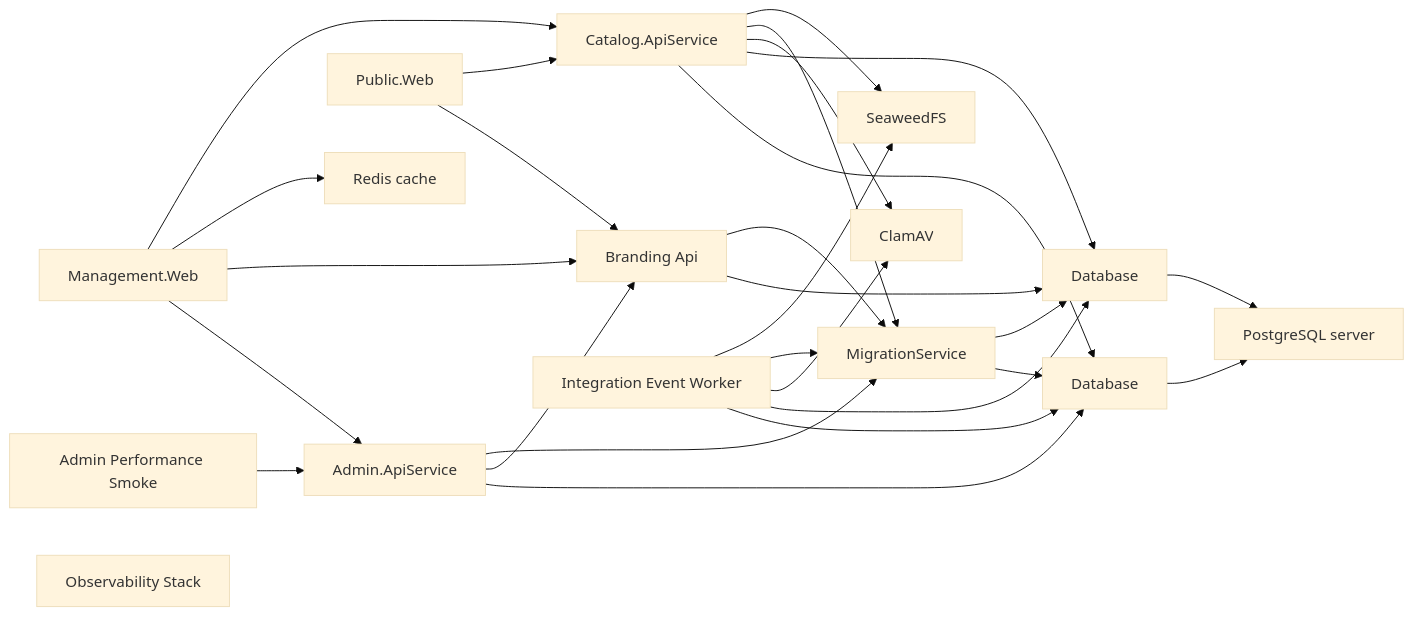
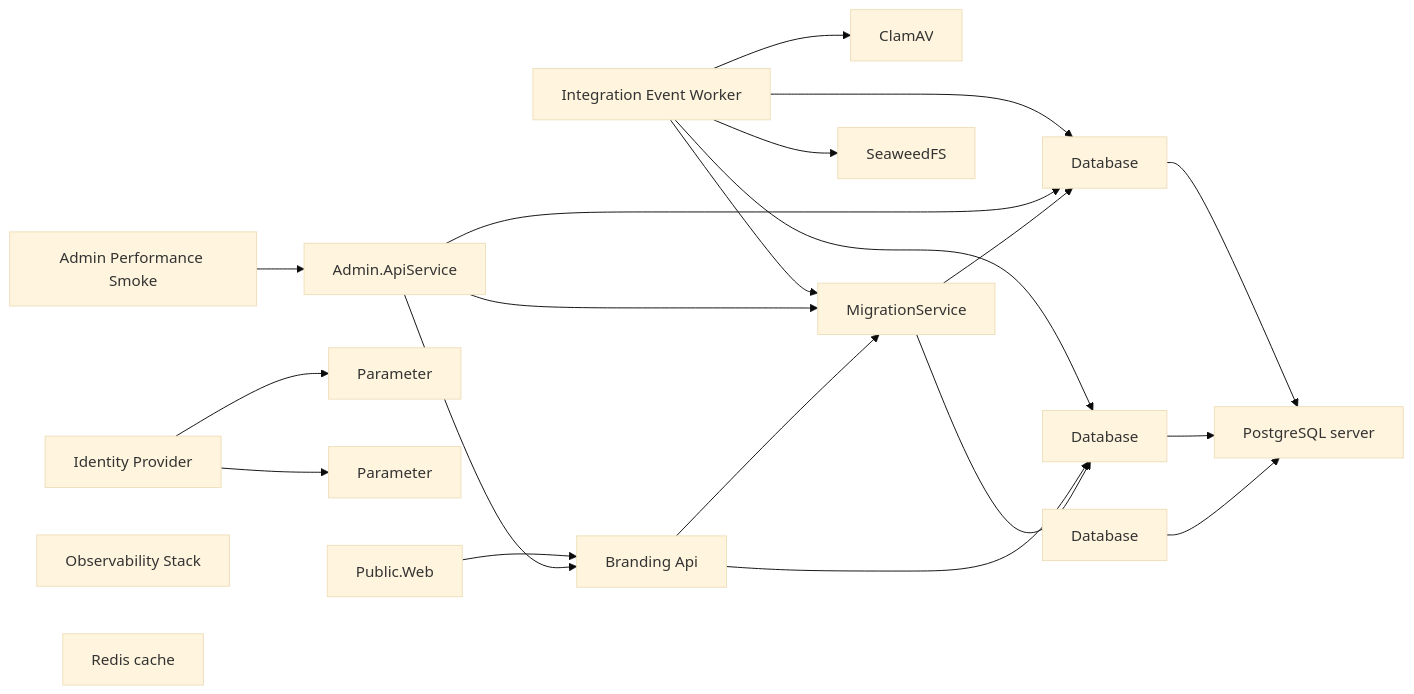
One commit to danigutsch/ViajantesTurismo changed the first of 2 diagrams in docs/architecture/runtime-wiring-and-deployment.md. Above: the diagram before and after it, drawn with Mermaid (base theme). The commit also changed 145 other files, not shown here.

````diff
--- a/docs/architecture/runtime-wiring-and-deployment.md
+++ b/docs/architecture/runtime-wiring-and-deployment.md
@@ -13,44 +13,39 @@
 ```mermaid
 flowchart LR
     AdminPerformanceSmoke[Admin Performance Smoke]
     apiService[Admin.ApiService]
     brandingApiService[Branding Api]
-    catalogApiService[Catalog.ApiService]
     clamAv[ClamAV]
     adminDatabase[Database]
     catalogDatabase[Database]
+    securityDatabase[Database]
+    IdentityProvider[Identity Provider]
     IntegrationEventWorker[Integration Event Worker]
-    ManagementWeb[Management.Web]
     migrationService[MigrationService]
     ObservabilityStack[Observability Stack]
+    managementWebClientSecret[Parameter]
+    identityProviderConformanceUserPassword[Parameter]
     databaseServer[PostgreSQL server]
     PublicWeb[Public.Web]
     cache[Redis cache]
     seaweedFs[SeaweedFS]
     AdminPerformanceSmoke --> apiService
+    IdentityProvider --> identityProviderConformanceUserPassword
+    IdentityProvider --> managementWebClientSecret
     IntegrationEventWorker --> adminDatabase
     IntegrationEventWorker --> catalogDatabase
     IntegrationEventWorker --> clamAv
     IntegrationEventWorker --> migrationService
     IntegrationEventWorker --> seaweedFs
-    ManagementWeb --> apiService
-    ManagementWeb --> brandingApiService
-    ManagementWeb --> cache
-    ManagementWeb --> catalogApiService
     PublicWeb --> brandingApiService
-    PublicWeb --> catalogApiService
     adminDatabase --> databaseServer
     apiService --> adminDatabase
     apiService --> brandingApiService
     apiService --> migrationService
     brandingApiService --> catalogDatabase
     brandingApiService --> migrationService
-    catalogApiService --> adminDatabase
-    catalogApiService --> catalogDatabase
-    catalogApiService --> clamAv
-    catalogApiService --> migrationService
-    catalogApiService --> seaweedFs
     catalogDatabase --> databaseServer
     migrationService --> adminDatabase
     migrationService --> catalogDatabase
+    securityDatabase --> databaseServer
 ```
````
